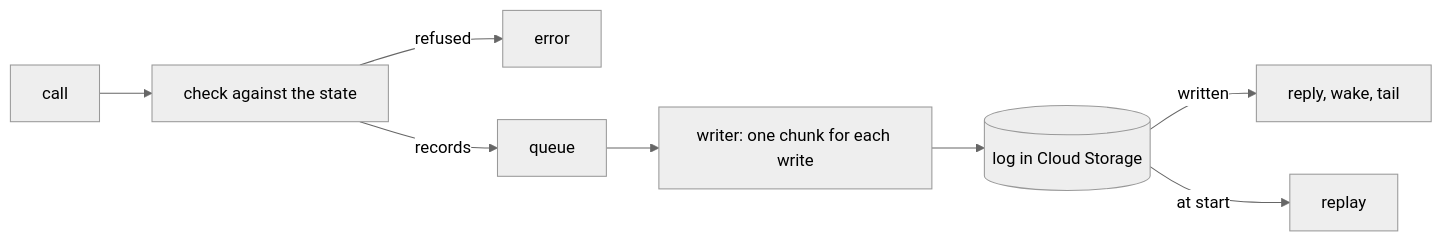
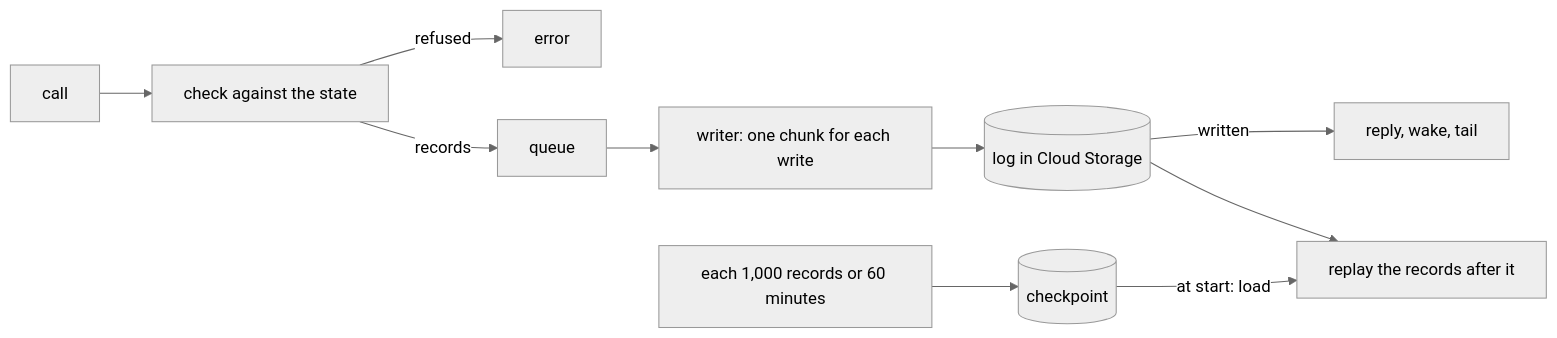
One commit to como-technologies/riff changed diagram 32 of 41 in docs/src/how-it-works.md. Above: the diagram before and after it, drawn with Mermaid (neutral theme). The commit also changed other lines of this file and 22 other files, not shown here.

First line of the commit message:
The checkpoint: start from it, versions, pages of read, forget a session (#350)

````diff
--- a/docs/src/how-it-works.md
+++ b/docs/src/how-it-works.md
@@ -1977,10 +1991,12 @@
 ```mermaid
 flowchart LR
     C[call] --> H[check against the state]
     H -->|refused| E[error]
     H -->|records| Q[queue]
     Q --> W[writer: one chunk for each write]
     W --> L[(log in Cloud Storage)]
     L -->|written| R[reply, wake, tail]
-    L -->|at start| P[replay]
+    T[each 1,000 records or 60 minutes] --> K[(checkpoint)]
+    K -->|at start: load| P[replay the records after it]
+    L --> P
 ```
````
